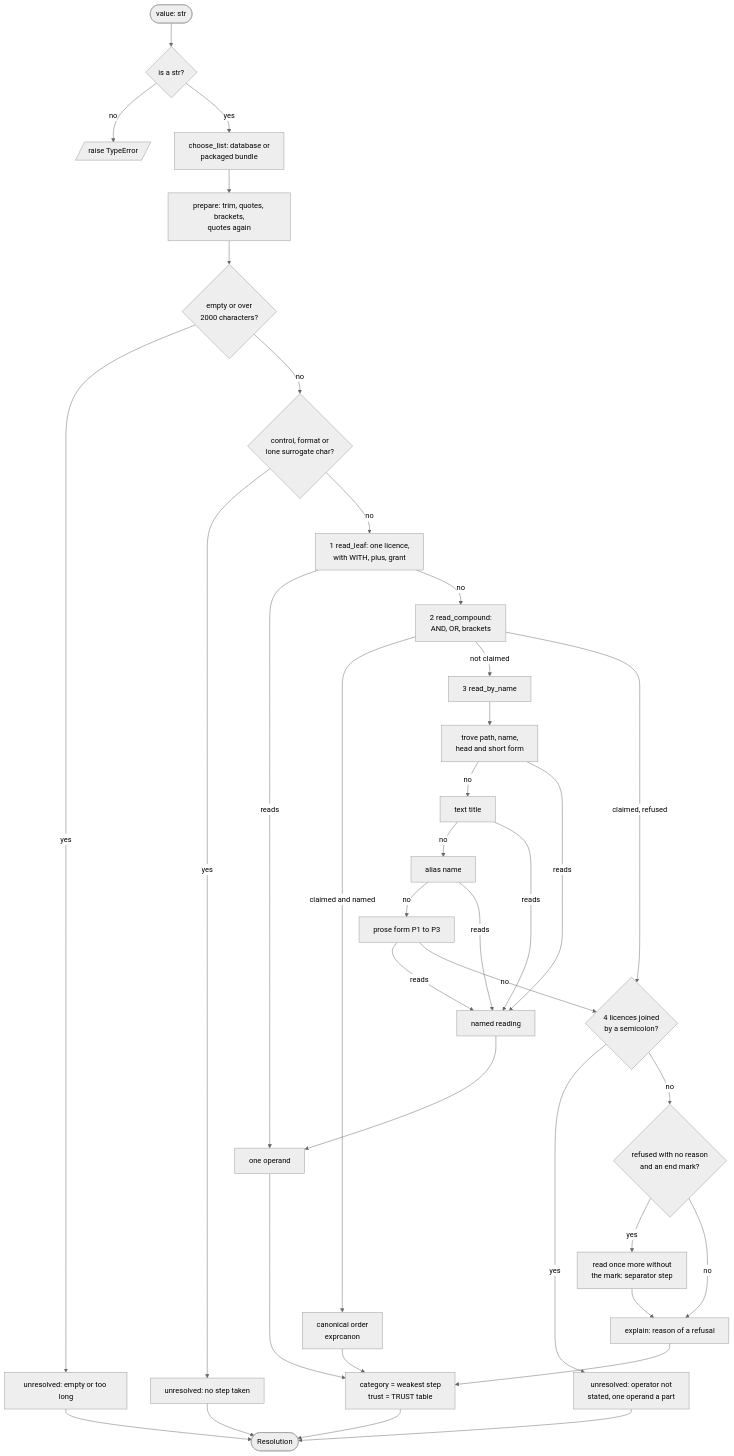
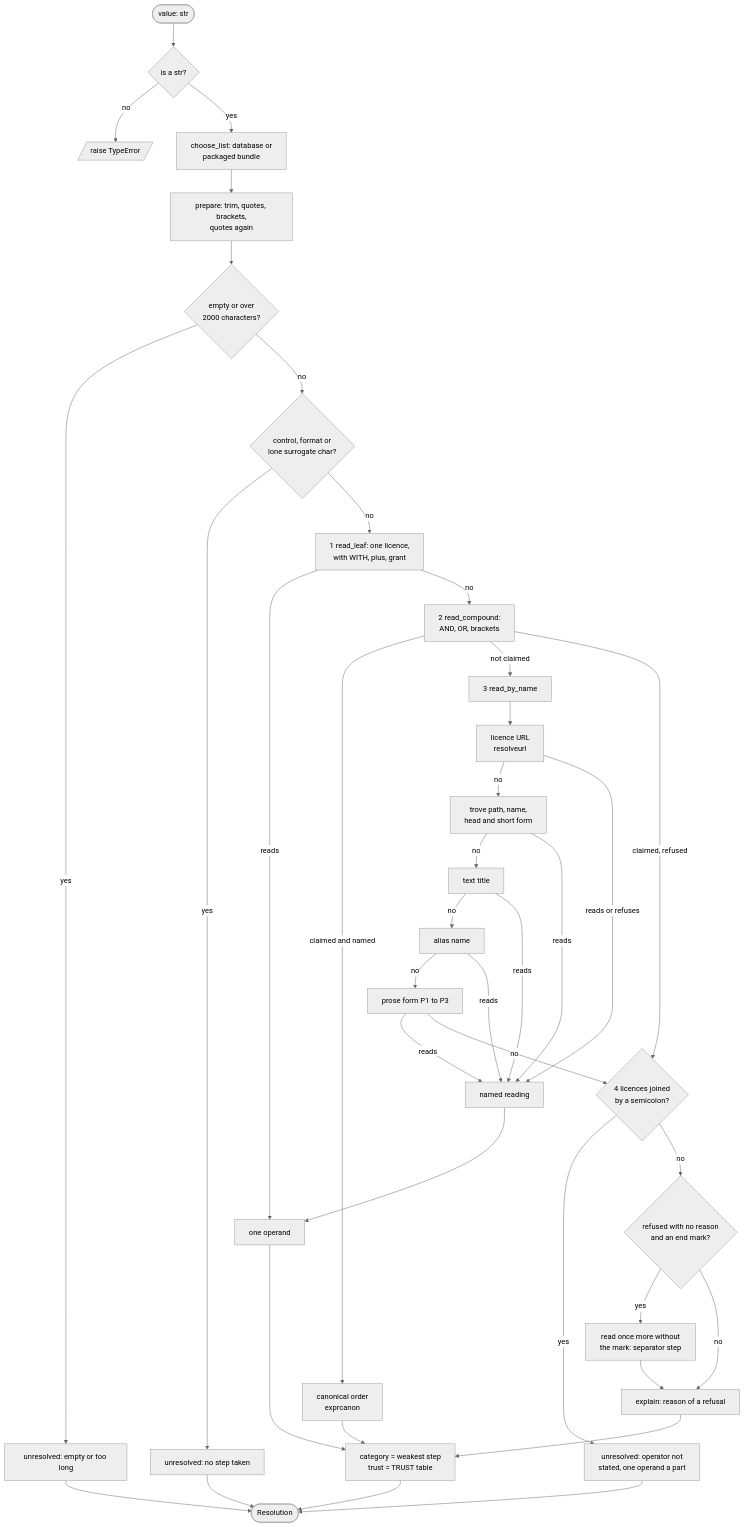
Before and after one commit to bact/licenseid: the first of 2 diagrams in docs/resolve-flow.md, drawn with Mermaid (neutral theme). The commit also changed other lines of this file and 68 other files, not shown here.

````diff
--- a/docs/resolve-flow.md
+++ b/docs/resolve-flow.md
@@ -39,39 +40,41 @@
 ```mermaid
 flowchart TD
   IN([value: str]) --> TYPE{is a str?}
   TYPE -- no --> TERR[/raise TypeError/]
   TYPE -- yes --> LIST[choose_list: database or<br/>packaged bundle]
   LIST --> PREP[prepare: trim, quotes, brackets,<br/>quotes again]
   PREP --> EMPTY{empty or over<br/>2000 characters?}
   EMPTY -- yes --> R0[unresolved: empty or too long]
   EMPTY -- no --> GATE{control, format or<br/>lone surrogate char?}
   GATE -- yes --> R1[unresolved: no step taken]
   GATE -- no --> LEAF[1 read_leaf: one licence,<br/>with WITH, plus, grant]
   LEAF -- reads --> OPS[one operand]
   LEAF -- no --> COMP[2 read_compound:<br/>AND, OR, brackets]
   COMP -- claimed and named --> CANON[canonical order<br/>exprcanon]
   COMP -- not claimed --> NAME[3 read_by_name]
   COMP -- claimed, refused --> SEMI
-  NAME --> TROVE[trove path, name,<br/>head and short form]
+  NAME --> URL[licence URL<br/>resolveurl]
+  URL -- no --> TROVE[trove path, name,<br/>head and short form]
+  URL -- reads or refuses --> NAMED
   TROVE -- no --> TITLE[text title]
   TITLE -- no --> ALIAS[alias name]
   ALIAS -- no --> PROSE[prose form P1 to P3]
   TROVE -- reads --> NAMED[named reading]
   TITLE -- reads --> NAMED
   ALIAS -- reads --> NAMED
   PROSE -- reads --> NAMED
   PROSE -- no --> SEMI{4 licences joined<br/>by a semicolon?}
   NAMED --> OPS
   SEMI -- yes --> R2[unresolved: operator not<br/>stated, one operand a part]
   SEMI -- no --> ENDQ{refused with no reason<br/>and an end mark?}
   ENDQ -- yes --> AGAIN[read once more without<br/>the mark: separator step]
   ENDQ -- no --> EXPL
   AGAIN --> EXPL[explain: reason of a refusal]
   OPS --> CAT
   CANON --> CAT
   EXPL --> CAT[category = weakest step<br/>trust = TRUST table]
   R0 --> OUT
   R1 --> OUT
   R2 --> OUT
   CAT --> OUT([Resolution])
 ```
````
